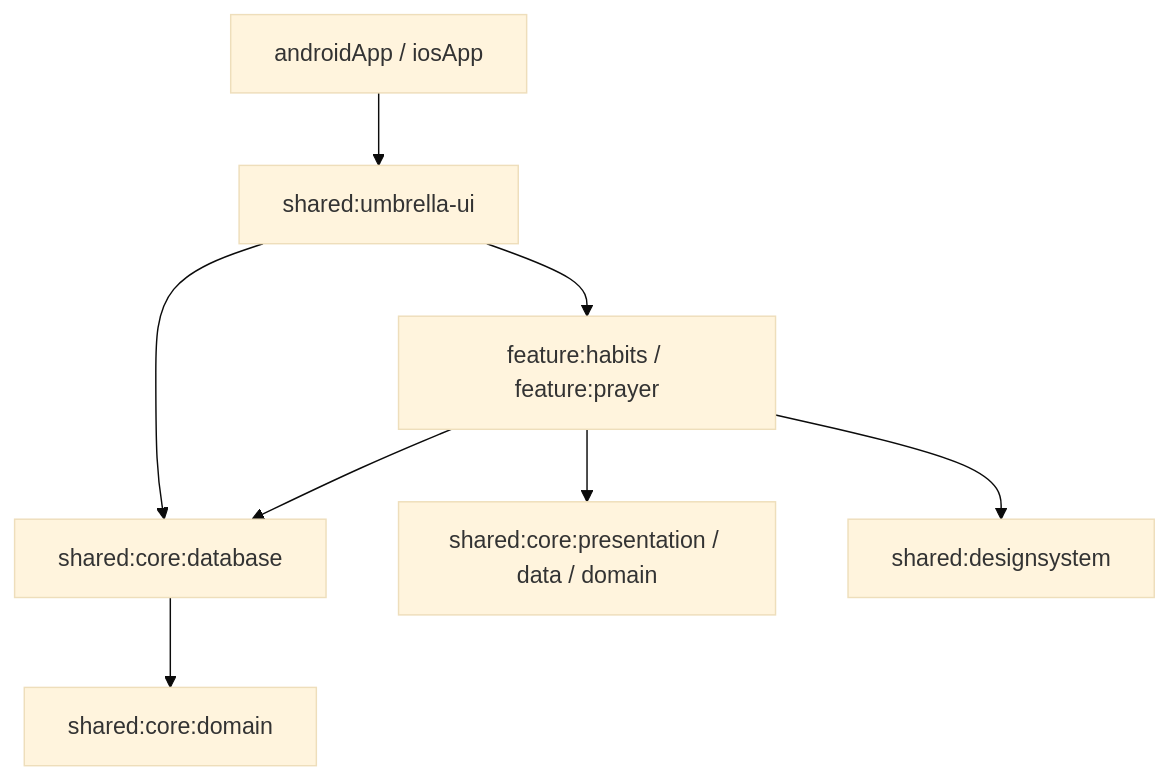
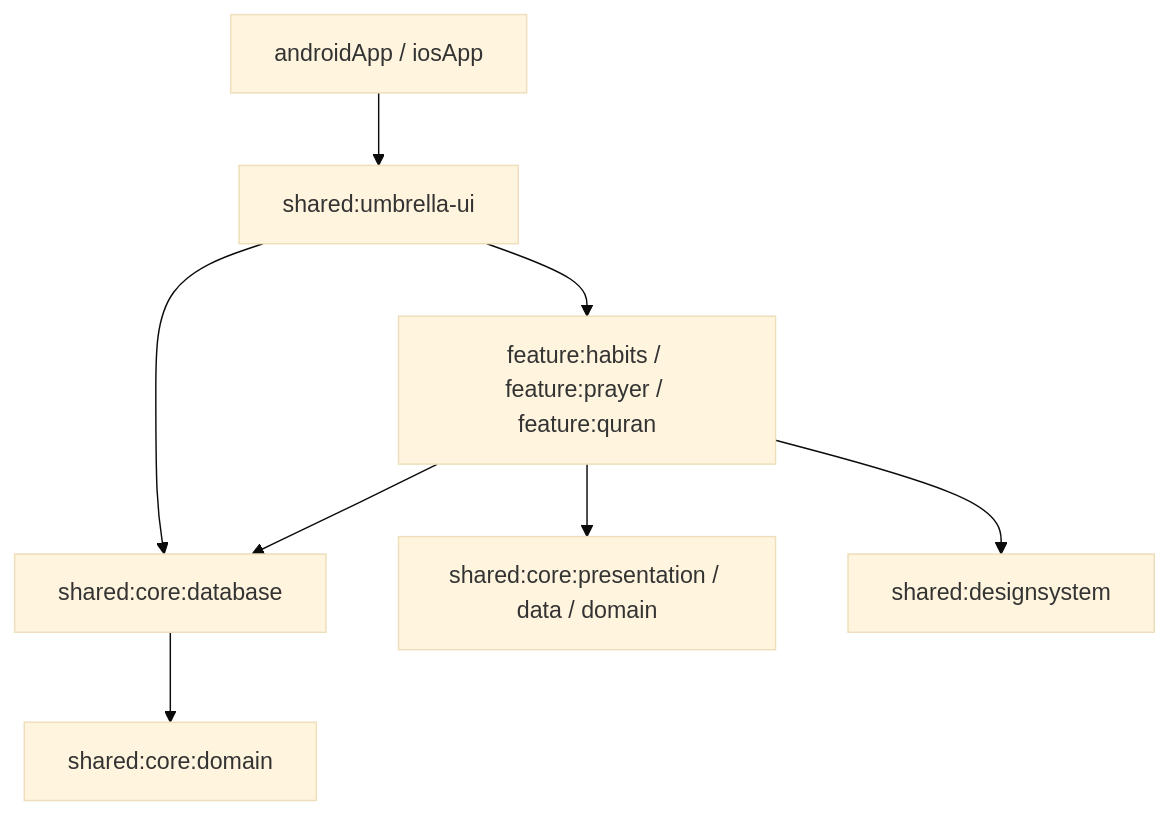
The diagram in README.md (Helmy2/Mudawama), drawn with Mermaid (base theme) before and after one commit. The commit also changed other lines of this file and 9 other files, not shown here.

First line of the commit message:
docs: update all docs and specs to reflect shipped 007-quran-tracking feature

````diff
--- a/README.md
+++ b/README.md
@@ -59,10 +59,10 @@
 ```mermaid
 graph TD
     App[androidApp / iosApp] --> Umbrella[shared:umbrella-ui]
-    Umbrella --> Feature[feature:habits / feature:prayer]
+    Umbrella --> Feature[feature:habits / feature:prayer / feature:quran]
     Umbrella --> CoreDB[shared:core:database]
     Feature --> Core[shared:core:presentation / data / domain]
     Feature --> CoreDB
     Feature --> Design[shared:designsystem]
     CoreDB --> CoreDomain[shared:core:domain]
 ```
````
